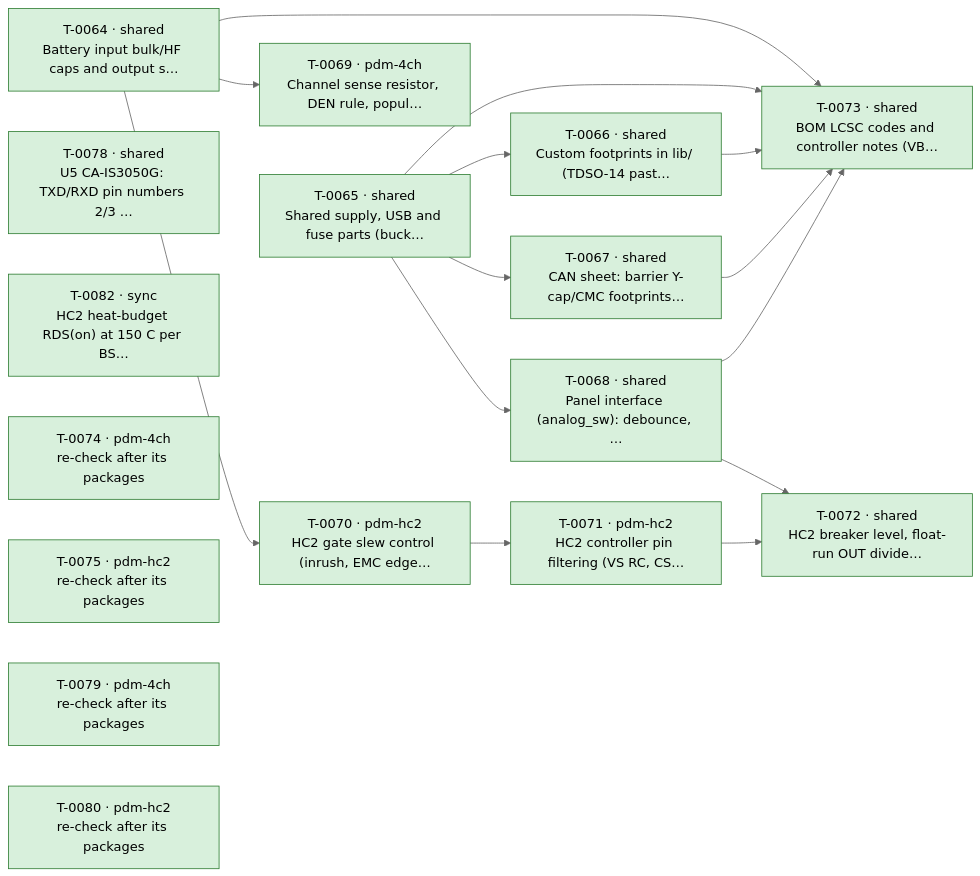
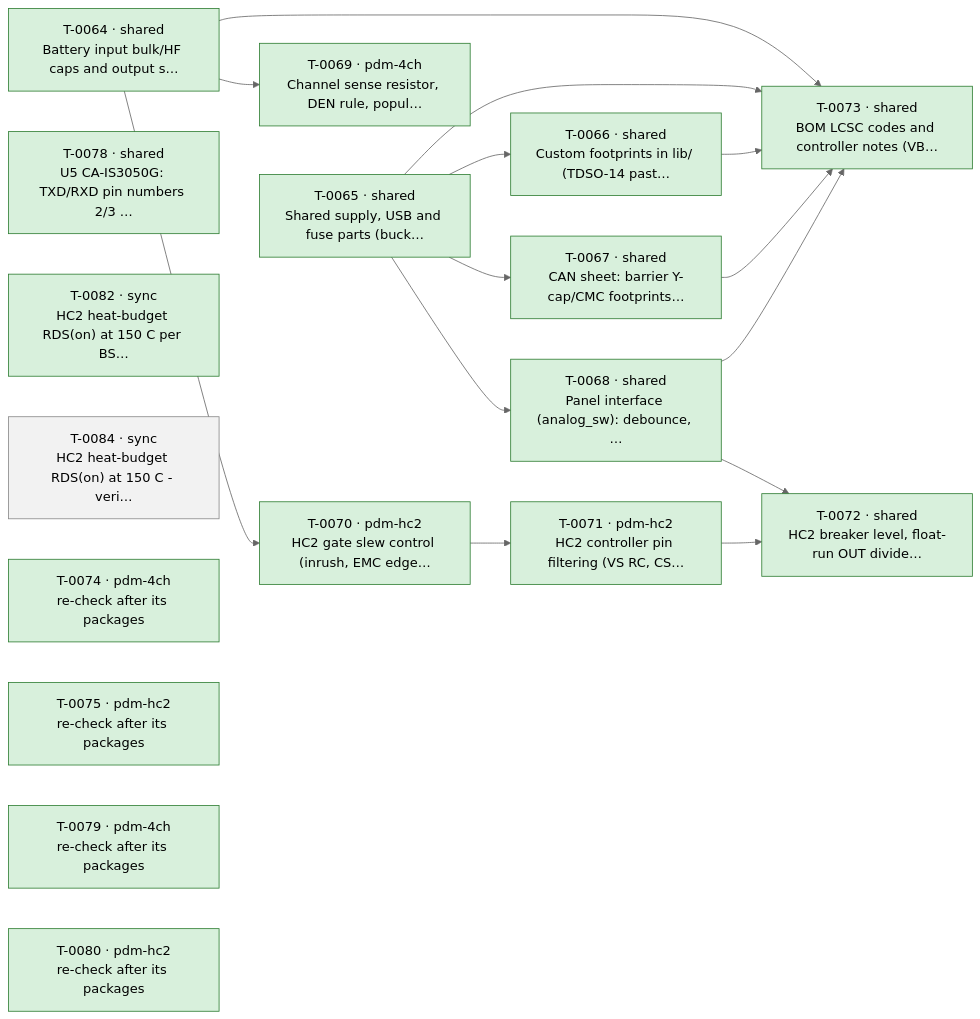
The diagram in docs/ROADMAP.md (plektra/ESP32-PDM), drawn with Mermaid (neutral theme) before and after one commit. The commit also changed other lines of this file and 2 other files, not shown here.

````diff
--- a/docs/ROADMAP.md
+++ b/docs/ROADMAP.md
@@ -18,36 +18,37 @@
 ```mermaid
 flowchart LR
   T0064["T-0064 · shared<br/>Battery input bulk/HF caps and output s…"]:::done
   T0065["T-0065 · shared<br/>Shared supply, USB and fuse parts (buck…"]:::done
   T0066["T-0066 · shared<br/>Custom footprints in lib/ (TDSO-14 past…"]:::done
   T0067["T-0067 · shared<br/>CAN sheet: barrier Y-cap/CMC footprints…"]:::done
   T0068["T-0068 · shared<br/>Panel interface (analog_sw): debounce, …"]:::done
   T0069["T-0069 · pdm-4ch<br/>Channel sense resistor, DEN rule, popul…"]:::done
   T0070["T-0070 · pdm-hc2<br/>HC2 gate slew control (inrush, EMC edge…"]:::done
   T0071["T-0071 · pdm-hc2<br/>HC2 controller pin filtering (VS RC, CS…"]:::done
   T0072["T-0072 · shared<br/>HC2 breaker level, float-run OUT divide…"]:::done
   T0073["T-0073 · shared<br/>BOM LCSC codes and controller notes (VB…"]:::done
   T0078["T-0078 · shared<br/>U5 CA-IS3050G: TXD/RXD pin numbers 2/3 …"]:::done
   T0082["T-0082 · sync<br/>HC2 heat-budget RDS(on) at 150 C per BS…"]:::done
+  T0084["T-0084 · sync<br/>HC2 heat-budget RDS(on) at 150 C - veri…"]:::ready
   T0074["T-0074 · pdm-4ch<br/>re-check after its packages"]:::done
   T0075["T-0075 · pdm-hc2<br/>re-check after its packages"]:::done
   T0079["T-0079 · pdm-4ch<br/>re-check after its packages"]:::done
   T0080["T-0080 · pdm-hc2<br/>re-check after its packages"]:::done
   T0065 --> T0066
   T0065 --> T0067
   T0065 --> T0068
   T0064 --> T0069
   T0064 --> T0070
   T0070 --> T0071
   T0068 --> T0072
   T0071 --> T0072
   T0064 --> T0073
   T0065 --> T0073
   T0066 --> T0073
   T0067 --> T0073
   T0068 --> T0073
   classDef done fill:#d8f0dc,stroke:#2e7d32
   classDef running fill:#d6e6ff,stroke:#1f5fbf
   classDef ready fill:#f2f2f2,stroke:#888
   classDef failed fill:#f9d9d9,stroke:#b3261e
 ```
````
